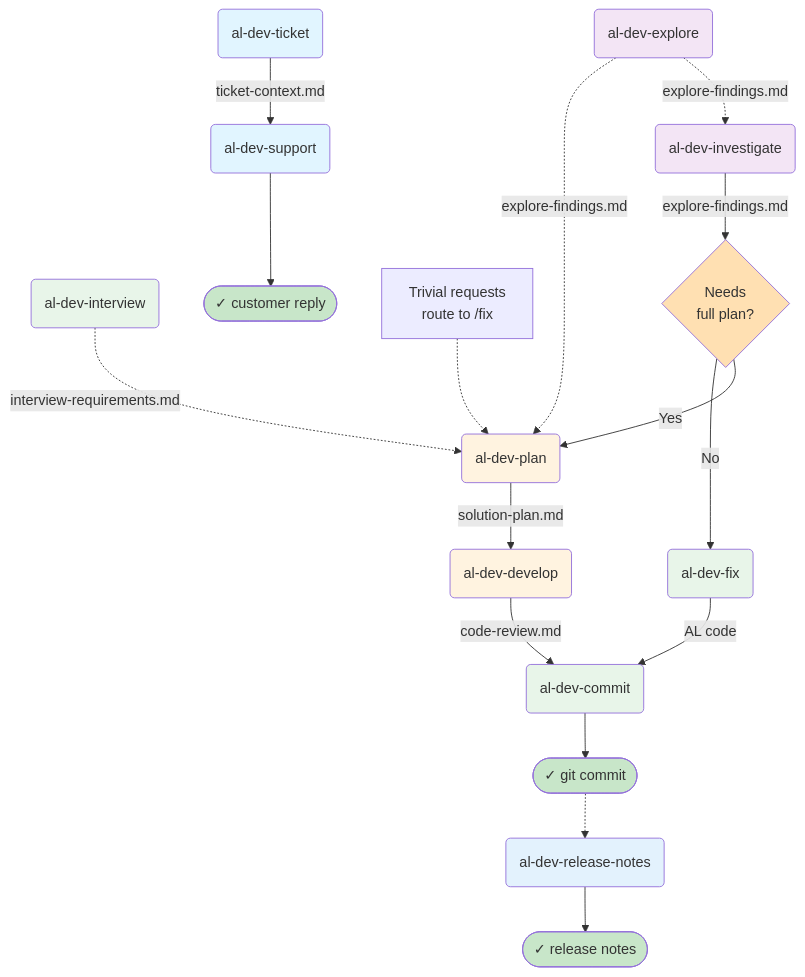
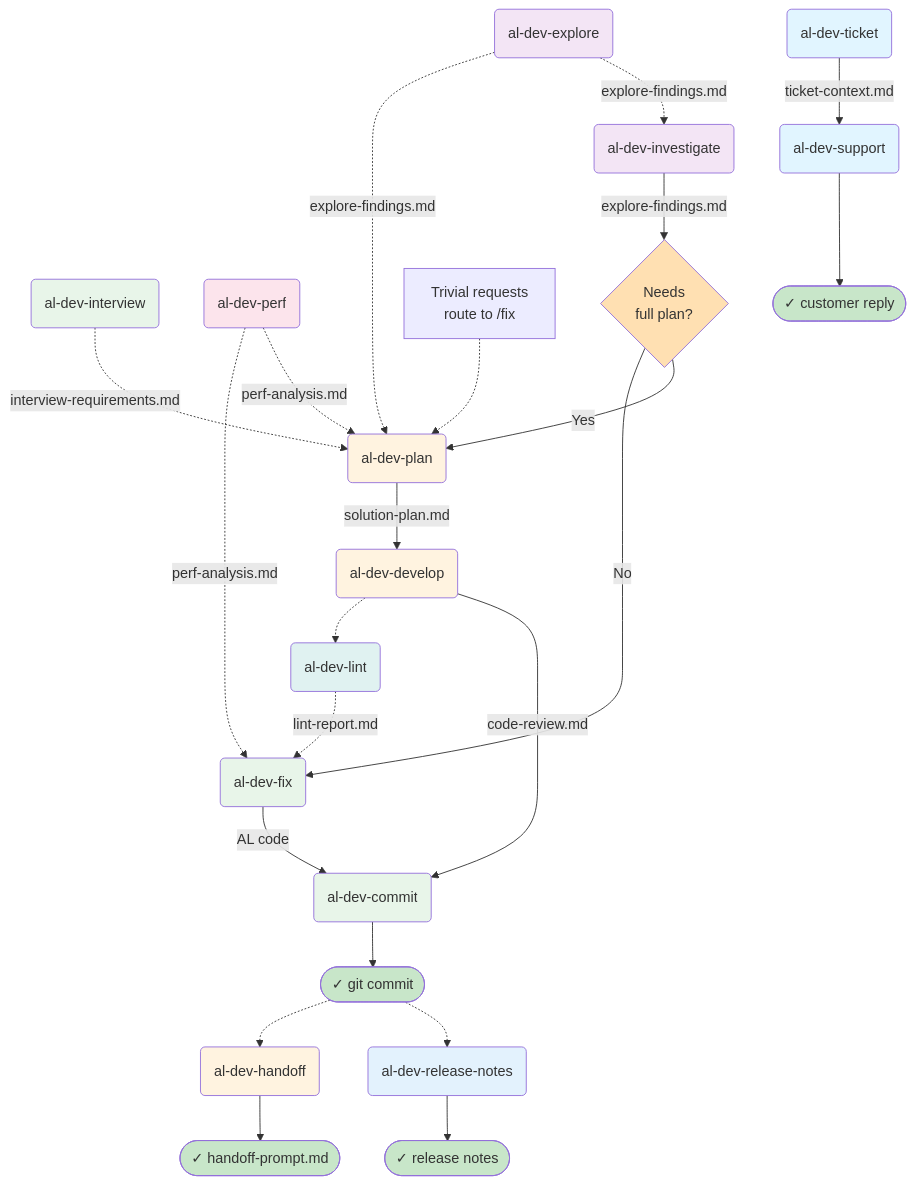
The first of 18 diagrams in docs/al-dev-plugin-map.md (russell-laing/al-dev-shared), drawn with Mermaid before and after one commit. The commit also changed other lines of this file, not shown here.

First line of the commit message:
docs(plugin-map): add Perf, Lint, Handoff to Layer 1 lifecycle diagram

````diff
--- a/docs/al-dev-plugin-map.md
+++ b/docs/al-dev-plugin-map.md
@@ -14,45 +14,57 @@
 ```mermaid
 flowchart TD
     %% Pre-planning tributaries (optional)
     Explore("al-dev-explore") -.->|explore-findings.md| Investigate
     Explore -.->|explore-findings.md| Plan
     Interview("al-dev-interview") -.->|interview-requirements.md| Plan
+    Perf("al-dev-perf") -.->|perf-analysis.md| Plan
+    Perf -.->|perf-analysis.md| FixDirect
 
     %% Entry points
     Ticket("al-dev-ticket") -->|ticket-context.md| Support("al-dev-support")
     Investigate("al-dev-investigate")
     FixDirect("al-dev-fix") -->|AL code| Commit("al-dev-commit")
 
     %% Investigation path branches
     Investigate -->|explore-findings.md| Decision1{Needs<br/>full plan?}
     Decision1 -->|Yes| Plan("al-dev-plan")
     Decision1 -->|No| FixDirect
 
     %% Main development spine
     Plan -->|solution-plan.md| Develop("al-dev-develop")
     Develop -->|code-review.md| Commit
 
+    %% Lint feedback loop
+    Develop -.-> Lint("al-dev-lint")
+    Lint -.->|lint-report.md| FixDirect
+
     %% Complexity gate within plan
     Note["Trivial requests<br/>route to /fix"] -.-> Plan
 
     %% Outputs
     Commit --> Git(["✓ git commit"])
     Git -.-> ReleaseNotes("al-dev-release-notes")
     ReleaseNotes --> Notes(["✓ release notes"])
+    Git -.-> Handoff("al-dev-handoff")
+    Handoff --> HandoffOut(["✓ handoff-prompt.md"])
     Support --> Reply(["✓ customer reply"])
 
     style Ticket fill:#e1f5ff
     style Support fill:#e1f5ff
     style Investigate fill:#f3e5f5
     style Explore fill:#f3e5f5
     style Interview fill:#e8f5e9
     style Plan fill:#fff3e0
     style Develop fill:#fff3e0
     style FixDirect fill:#e8f5e9
     style Commit fill:#e8f5e9
     style Git fill:#c8e6c9
     style Notes fill:#c8e6c9
     style Reply fill:#c8e6c9
     style ReleaseNotes fill:#e3f2fd
+    style Perf fill:#fce4ec
+    style Lint fill:#e0f2f1
+    style Handoff fill:#fff3e0
+    style HandoffOut fill:#c8e6c9
     style Decision1 fill:#ffe0b2
 ```
````
